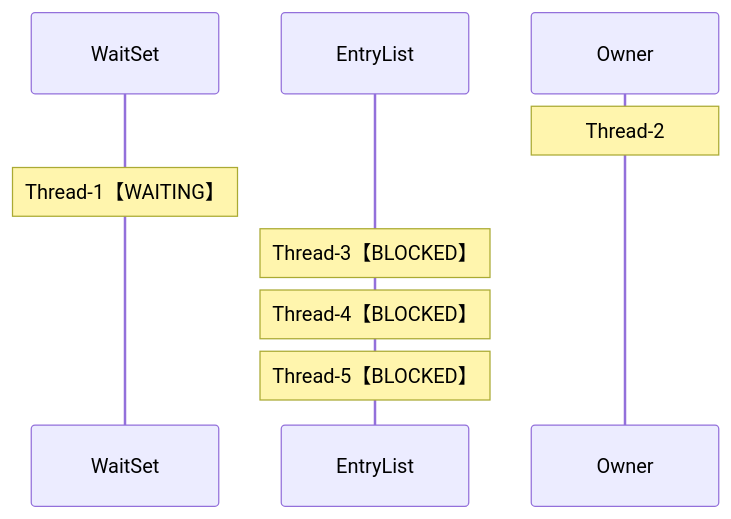
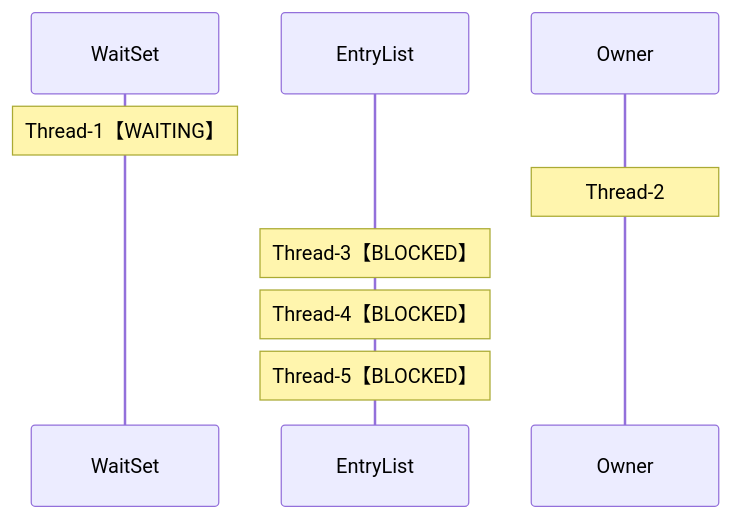
The fourth of 6 diagrams in Java/concurrency/Java并发.md (UpUpPeng/AndroidLearningNotes), drawn with Mermaid before and after one commit. The commit also changed other lines of this file, not shown here.

````diff
--- a/Java/concurrency/Java并发.md
+++ b/Java/concurrency/Java并发.md
@@ -856,12 +856,12 @@
 ``` mermaid
 sequenceDiagram
 	participant WaitSet
 	participant EntryList
 	participant Owner
 	
+	Note over WaitSet : Thread-1【WAITING】
 	Note over Owner : Thread-2
-	Note over WaitSet : Thread-1【WAITING】
 	Note over EntryList : Thread-3【BLOCKED】
 	Note over EntryList : Thread-4【BLOCKED】
 	Note over EntryList : Thread-5【BLOCKED】
 ```
````
